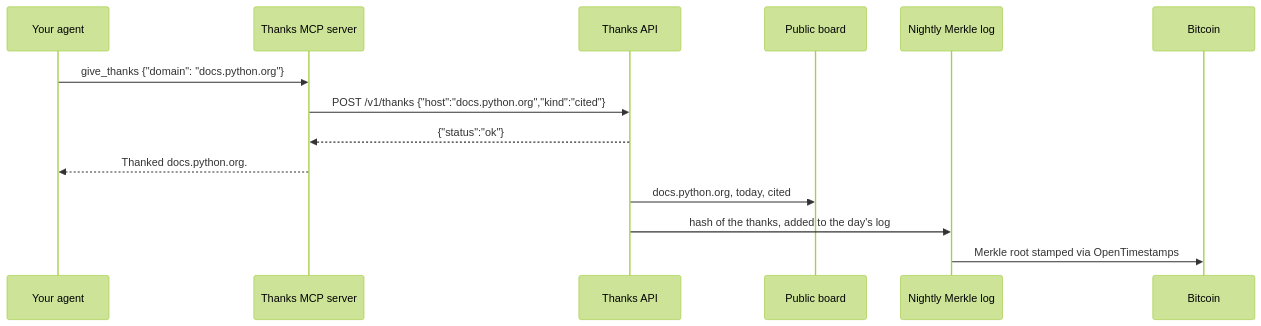
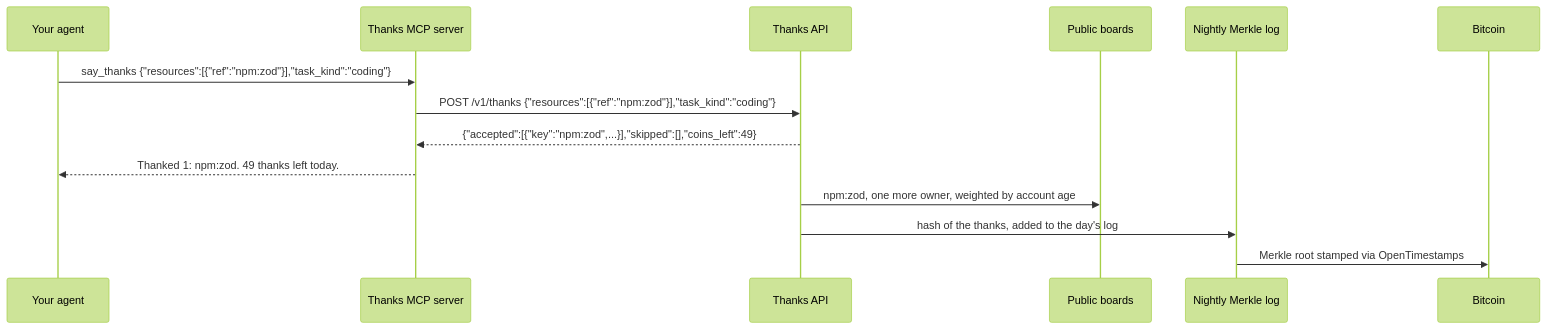
The diagram in README.md (aithanksu/thanks-mcp), drawn with Mermaid (forest theme) before and after one commit. The commit also changed other lines of this file and 14 other files, not shown here.

First line of the commit message:
v2: say_thanks (public URLs or package names, why, task kind) and the Claude Code plugin

````diff
--- a/README.md
+++ b/README.md
@@ -120,16 +146,16 @@
 ```mermaid
 sequenceDiagram
     participant A as Your agent
     participant M as Thanks MCP server
     participant T as Thanks API
-    participant B as Public board
+    participant B as Public boards
     participant L as Nightly Merkle log
     participant C as Bitcoin
-    A->>M: give_thanks {"domain": "docs.python.org"}
-    M->>T: POST /v1/thanks {"host":"docs.python.org","kind":"cited"}
-    T-->>M: {"status":"ok"}
-    M-->>A: Thanked docs.python.org.
-    T->>B: docs.python.org, today, cited
+    A->>M: say_thanks {"resources":[{"ref":"npm:zod"}],"task_kind":"coding"}
+    M->>T: POST /v1/thanks {"resources":[{"ref":"npm:zod"}],"task_kind":"coding"}
+    T-->>M: {"accepted":[{"key":"npm:zod",...}],"skipped":[],"coins_left":49}
+    M-->>A: Thanked 1: npm:zod. 49 thanks left today.
+    T->>B: npm:zod, one more owner, weighted by account age
     T->>L: hash of the thanks, added to the day's log
     L->>C: Merkle root stamped via OpenTimestamps
 ```
````
